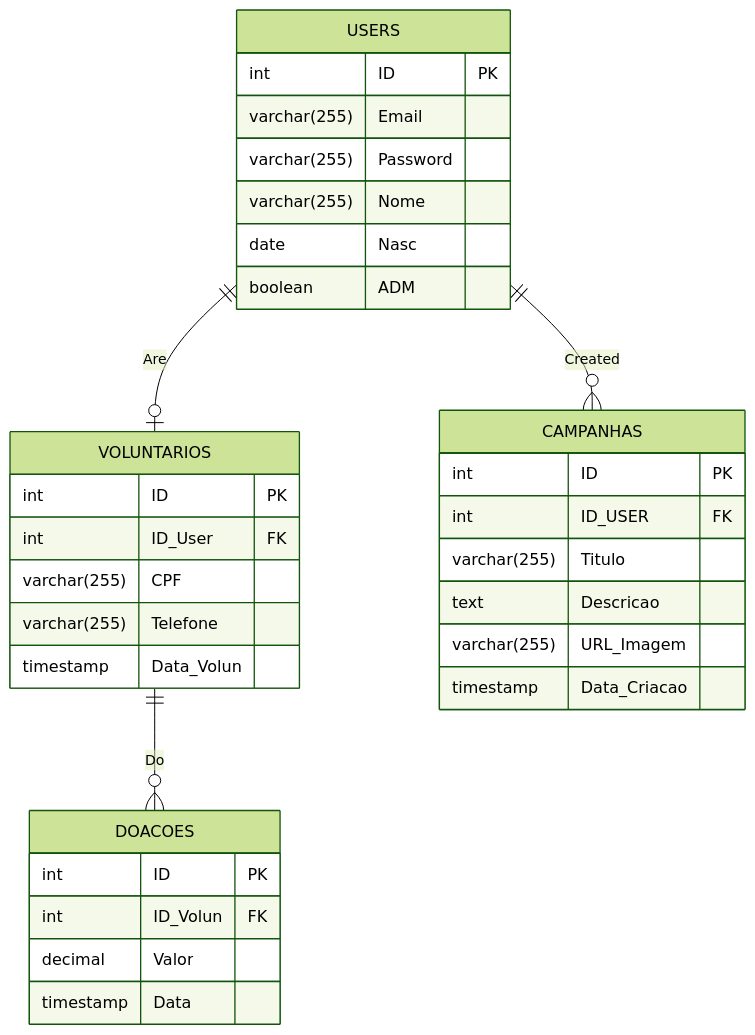
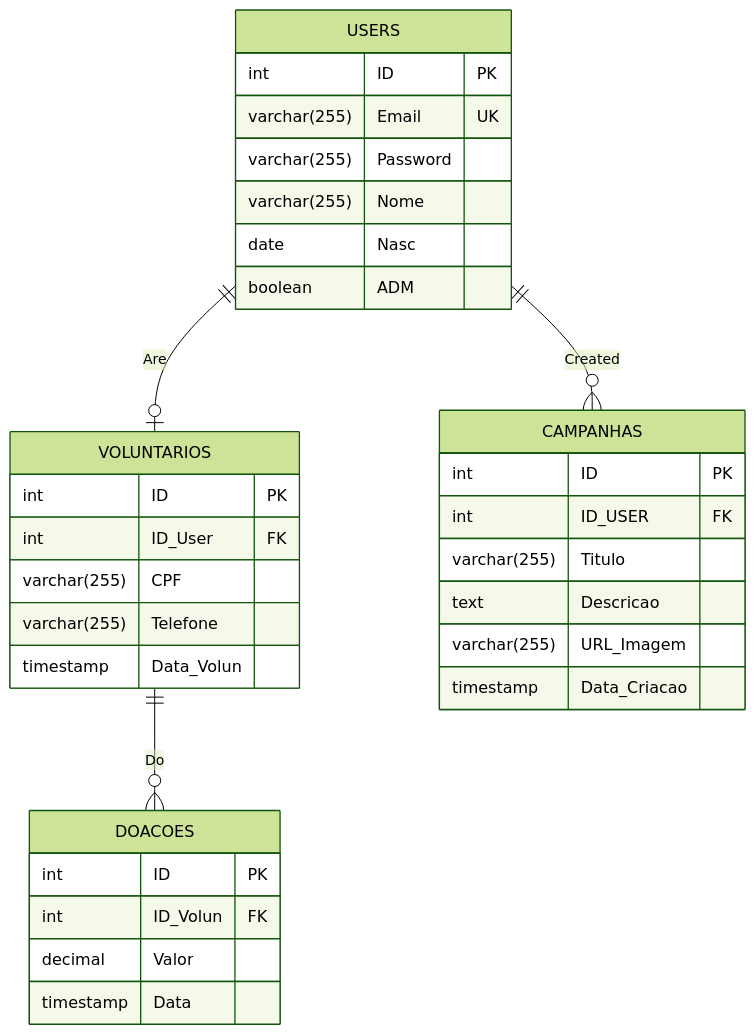
Before and after one commit to rafzsxl/cuide_dequem_cuidou: the diagram in documentation/bcd.md, drawn with Mermaid (forest theme). The commit also changed 17 other files, not shown here.

````diff
--- a/documentation/bcd.md
+++ b/documentation/bcd.md
@@ -3,44 +3,44 @@
 ```mermaid
 erDiagram
 
     USERS{
         int ID PK
-        varchar(255) Email
+        varchar(255) Email UK
         varchar(255) Password
         varchar(255) Nome
         date Nasc
         boolean ADM
 
     }
 
     VOLUNTARIOS{
         int ID PK
         int ID_User FK
         varchar(255) CPF
         varchar(255) Telefone
         timestamp Data_Volun
     }
 
 
     DOACOES{
         int ID PK
         int ID_Volun FK
         decimal Valor
         timestamp Data
     }
 
     CAMPANHAS{
         int ID PK
         int ID_USER FK 
         varchar(255) Titulo
         text Descricao
         varchar(255) URL_Imagem
         timestamp Data_Criacao
     }
 
     USERS ||--o| VOLUNTARIOS : "Are"
     VOLUNTARIOS ||--o{ DOACOES : "Do"
     USERS ||--o{ CAMPANHAS: "Created"
 
 
 ```
````
